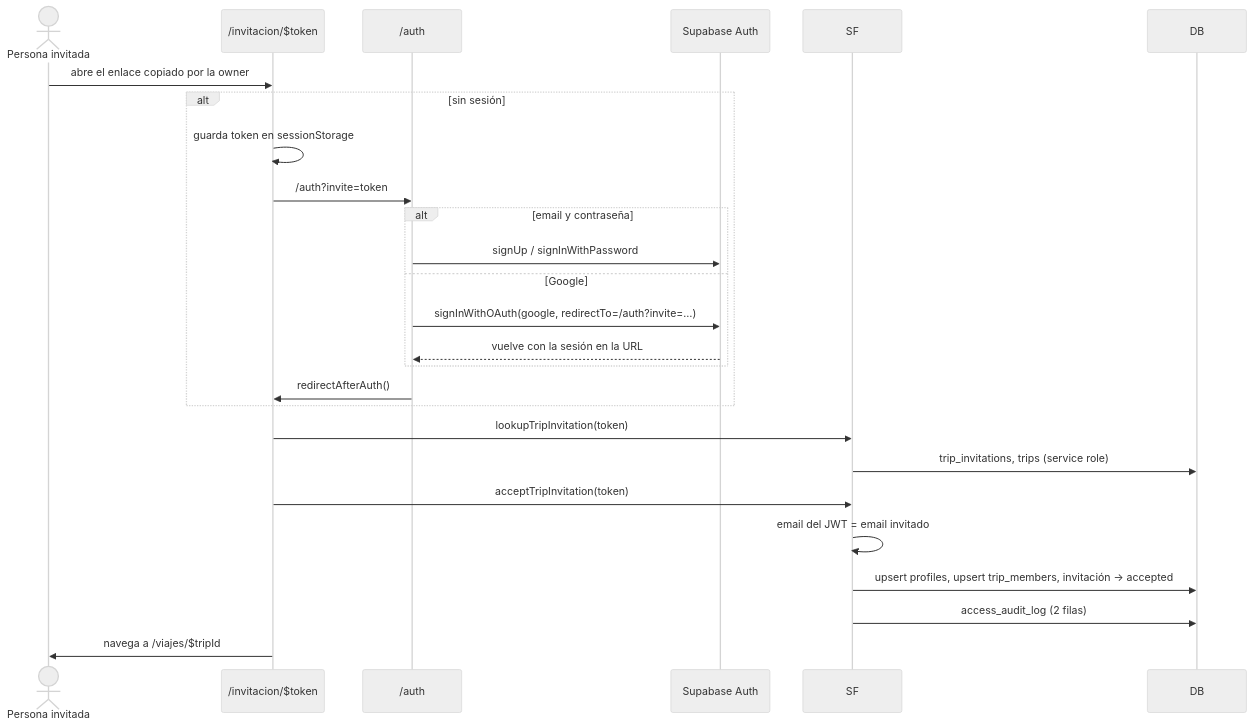
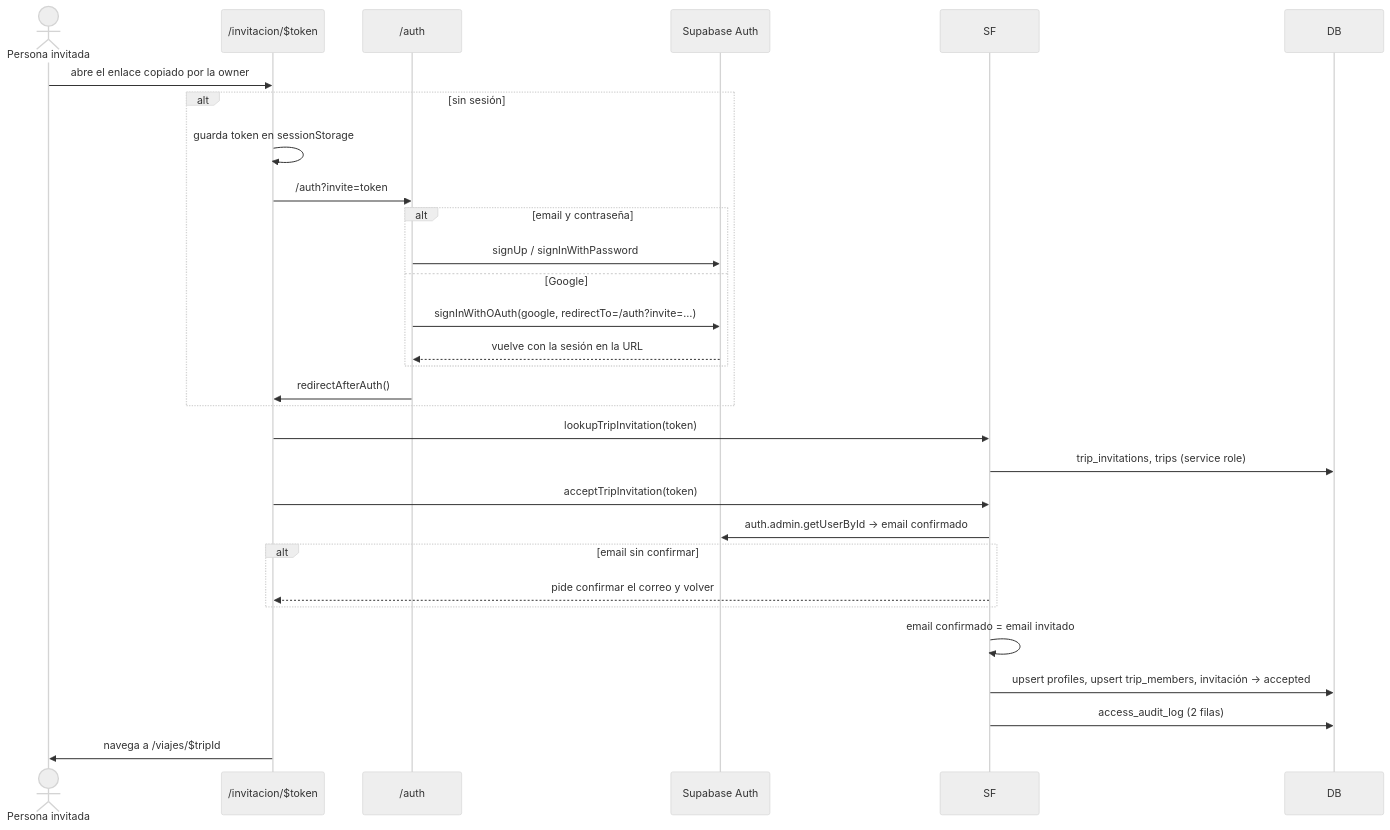
One commit to gaby26203/planeii changed the second of 20 diagrams in docs/flujos.md. Above: the diagram before and after it, drawn with Mermaid (neutral theme). The commit also changed other lines of this file and 7 other files, not shown here.

First line of the commit message:
Hacer privado el canal de actividad y aceptar invitaciones solo con email confirmado

````diff
--- a/docs/flujos.md
+++ b/docs/flujos.md
@@ -69,28 +69,32 @@
 ```mermaid
 sequenceDiagram
   actor P as Persona invitada
   participant INV as /invitacion/$token
   participant AUTH as /auth
   participant SA as Supabase Auth
   participant SF
   participant DB
   P->>INV: abre el enlace copiado por la owner
   alt sin sesión
     INV->>INV: guarda token en sessionStorage
     INV->>AUTH: /auth?invite=token
     alt email y contraseña
       AUTH->>SA: signUp / signInWithPassword
     else Google
       AUTH->>SA: signInWithOAuth(google, redirectTo=/auth?invite=…)
       SA-->>AUTH: vuelve con la sesión en la URL
     end
     AUTH->>INV: redirectAfterAuth()
   end
   INV->>SF: lookupTripInvitation(token)
   SF->>DB: trip_invitations, trips (service role)
   INV->>SF: acceptTripInvitation(token)
-  SF->>SF: email del JWT = email invitado
+  SF->>SA: auth.admin.getUserById → email confirmado
+  alt email sin confirmar
+    SF-->>INV: pide confirmar el correo y volver
+  end
+  SF->>SF: email confirmado = email invitado
   SF->>DB: upsert profiles, upsert trip_members, invitación → accepted
   SF->>DB: access_audit_log (2 filas)
   INV->>P: navega a /viajes/$tripId
 ```
````
